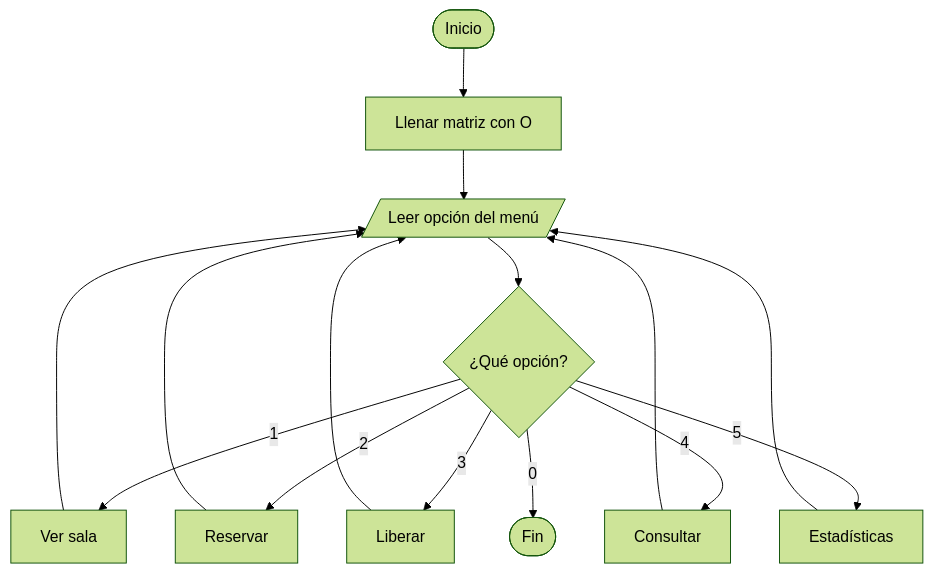
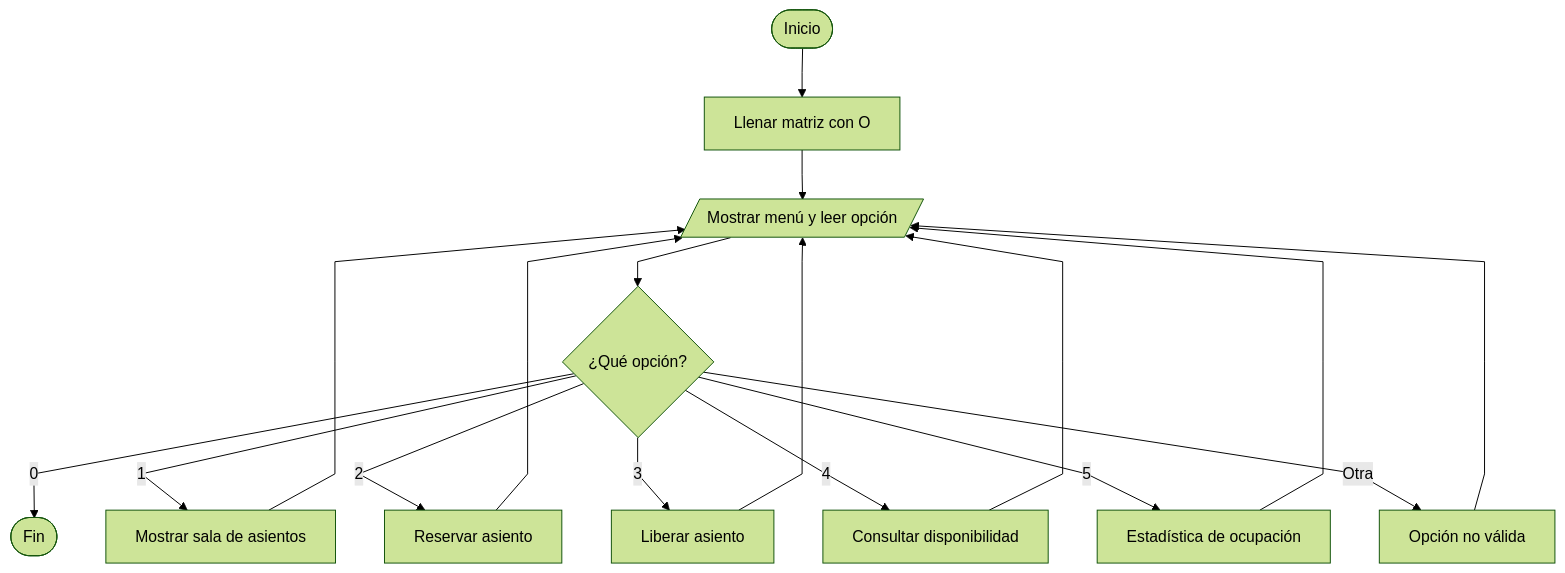
The first of 6 diagrams in Documentacion/Dia-2-Diagramas-de-flujo.md (Roberto8322/Proyecto-Integrador-2-cine), drawn with Mermaid (forest theme) before and after one commit. The commit also changed other lines of this file and 1 other file, not shown here.

Commit message:
Día 2: se agregan los diagramas de flujo, el diseño modular y la interfaz con filas de A a J y columnas de 0 a 9

````diff
--- a/Documentacion/Dia-2-Diagramas-de-flujo.md
+++ b/Documentacion/Dia-2-Diagramas-de-flujo.md
@@ -4,17 +4,20 @@
 ```mermaid
+%%{init: {'flowchart': {'curve': 'linear'}}}%%
 flowchart TD
     A([Inicio]) --> B[Llenar matriz con O]
-    B --> C[/Leer opción del menú/]
+    B --> C[/Mostrar menú y leer opción/]
     C --> D{"¿Qué opción?"}
-    D -->|1| E[Ver sala]
-    D -->|2| F[Reservar]
-    D -->|3| G[Liberar]
-    D -->|4| H[Consultar]
-    D -->|5| I[Estadísticas]
     D -->|0| J([Fin])
+    D -->|1| E[Mostrar sala de asientos]
+    D -->|2| F[Reservar asiento]
+    D -->|3| G[Liberar asiento]
+    D -->|4| H[Consultar disponibilidad]
+    D -->|5| I[Estadística de ocupación]
+    D -->|Otra| K[Opción no válida]
     E --> C
     F --> C
     G --> C
     H --> C
     I --> C
+    K --> C
 ```
````
